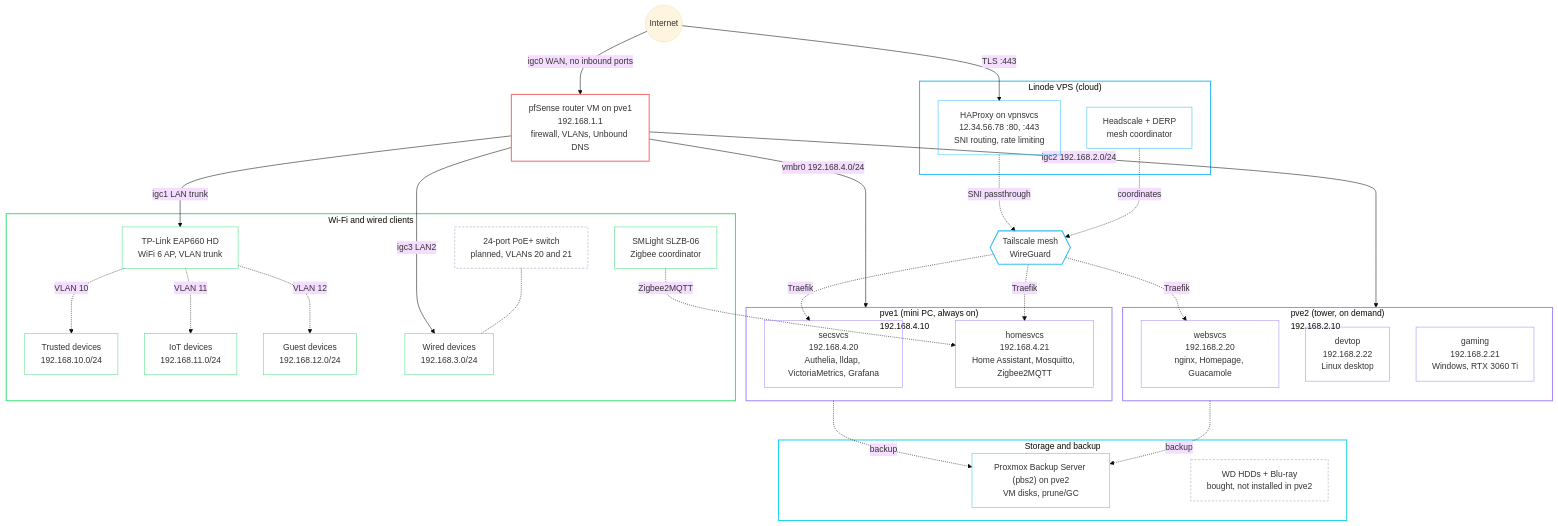
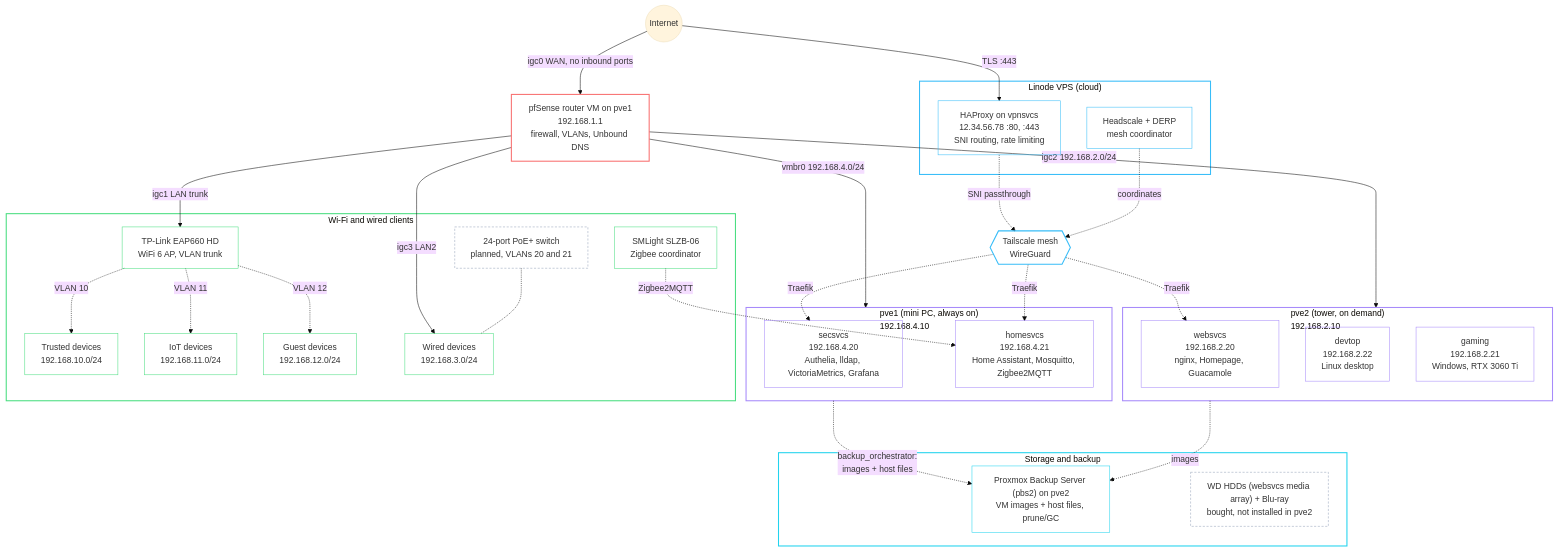
Before and after one commit to babraham123/homelab: the diagram in docs/architecture.md, drawn with Mermaid (base theme). The commit also changed other lines of this file and 81 other files, not shown here.

````diff
--- a/docs/architecture.md
+++ b/docs/architecture.md
@@ -20,75 +20,75 @@
 ```mermaid
 flowchart TB
     inet(("Internet"))
 
     subgraph cloud["Linode VPS (cloud)"]
         haproxy["HAProxy on vpnsvcs<br/>12.34.56.78 :80, :443<br/>SNI routing, rate limiting"]
         headscale["Headscale + DERP<br/>mesh coordinator"]
     end
 
     fw["pfSense router VM on pve1<br/>192.168.1.1<br/>firewall, VLANs, Unbound DNS"]
     mesh{{"Tailscale mesh<br/>WireGuard"}}
 
     subgraph pve1["pve1 (mini PC, always on)<br/>192.168.4.10"]
         secsvcs["secsvcs<br/>192.168.4.20<br/>Authelia, lldap, VictoriaMetrics, Grafana"]
         homesvcs["homesvcs<br/>192.168.4.21<br/>Home Assistant, Mosquitto, Zigbee2MQTT"]
     end
 
     subgraph pve2["pve2 (tower, on demand)<br/>192.168.2.10"]
         websvcs["websvcs<br/>192.168.2.20<br/>nginx, Homepage, Guacamole"]
         devtop["devtop<br/>192.168.2.22<br/>Linux desktop"]
         gaming["gaming<br/>192.168.2.21<br/>Windows, RTX 3060 Ti"]
     end
 
     subgraph clients["Wi-Fi and wired clients"]
         ap["TP-Link EAP660 HD<br/>WiFi 6 AP, VLAN trunk"]
         trusted["Trusted devices<br/>192.168.10.0/24"]
         iot["IoT devices<br/>192.168.11.0/24"]
         guest["Guest devices<br/>192.168.12.0/24"]
         zigbee["SMLight SLZB-06<br/>Zigbee coordinator"]
         wdev["Wired devices<br/>192.168.3.0/24"]
         sw["24-port PoE+ switch<br/>planned, VLANs 20 and 21"]
     end
 
     subgraph store["Storage and backup"]
-        pbs2["Proxmox Backup Server (pbs2) on pve2<br/>VM disks, prune/GC"]
-        hdds["WD HDDs + Blu-ray<br/>bought, not installed in pve2"]
+        pbs2["Proxmox Backup Server (pbs2) on pve2<br/>VM images + host files, prune/GC"]
+        hdds["WD HDDs (websvcs media array) + Blu-ray<br/>bought, not installed in pve2"]
     end
 
     inet -- "TLS :443" --> haproxy
     inet -- "igc0 WAN, no inbound ports" --> fw
     haproxy -. "SNI passthrough" .-> mesh
     headscale -. "coordinates" .-> mesh
     mesh -. "Traefik" .-> secsvcs
     mesh -. "Traefik" .-> homesvcs
     mesh -. "Traefik" .-> websvcs
     fw -- "vmbr0 192.168.4.0/24" --> pve1
     fw -- "igc2 192.168.2.0/24" --> pve2
     fw -- "igc1 LAN trunk" --> ap
     fw -- "igc3 LAN2" --> wdev
     ap -. "VLAN 10" .-> trusted
     ap -. "VLAN 11" .-> iot
     ap -. "VLAN 12" .-> guest
     zigbee -. "Zigbee2MQTT" .-> homesvcs
     sw -.- wdev
-    pve1 -. "backup" .-> pbs2
-    pve2 -. "backup" .-> pbs2
+    pve1 -. "backup_orchestrator:<br/>images + host files" .-> pbs2
+    pve2 -. "images" .-> pbs2
 
     style cloud stroke:#38bdf8,stroke-width:2px,fill:transparent
     style pve1 stroke:#a78bfa,stroke-width:2px,fill:transparent
     style pve2 stroke:#a78bfa,stroke-width:2px,fill:transparent
     style clients stroke:#4ade80,stroke-width:2px,fill:transparent
     style store stroke:#22d3ee,stroke-width:2px,fill:transparent
     style fw stroke:#f87171,stroke-width:2px,fill:transparent
     style mesh stroke:#38bdf8,stroke-width:2px,fill:transparent
     classDef ext stroke:#38bdf8,fill:transparent
     classDef host stroke:#a78bfa,fill:transparent
     classDef data stroke:#22d3ee,fill:transparent
     classDef dev stroke:#4ade80,fill:transparent
     classDef planned stroke:#94a3b8,stroke-dasharray:4 3,fill:transparent
     class haproxy,headscale ext
     class secsvcs,homesvcs,websvcs,devtop,gaming host
     class pbs2 data
     class ap,trusted,iot,guest,zigbee,wdev dev
     class hdds,sw planned
 ```
````
